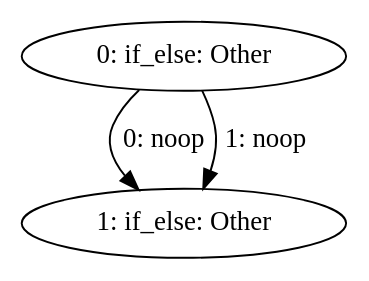
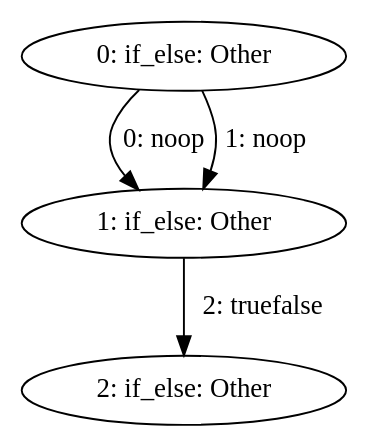
Before and after one commit to mohe2015/zero-cost-templating: the diagram in zero-cost-templating/if_else.dot, drawn with Graphviz. The commit also changed 5 other files, not shown here.

```diff
--- a/zero-cost-templating/if_else.dot
+++ b/zero-cost-templating/if_else.dot
@@ -1,6 +1,8 @@
 digraph {
     0 [ label = "0: if_else: Other" ]
     1 [ label = "1: if_else: Other" ]
+    2 [ label = "2: if_else: Other" ]
     0 -> 1 [ label = "0: noop" ]
     0 -> 1 [ label = "1: noop" ]
+    1 -> 2 [ label = "2: truefalse" ]
 }
```
